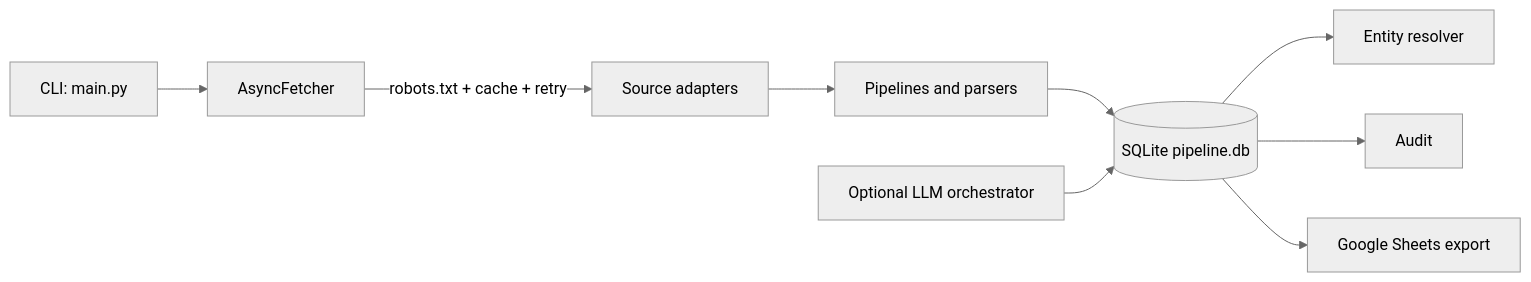
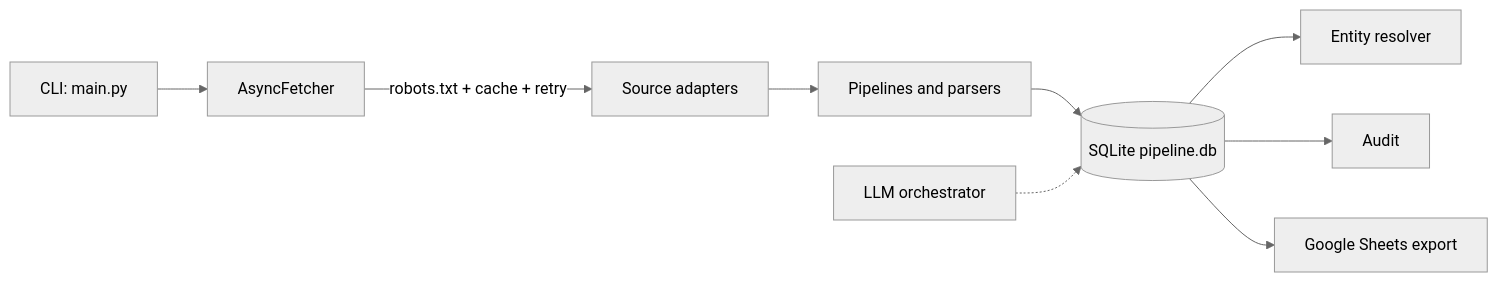
One commit to Yosuf20/Entity-ingest changed the diagram in README.md. Above: the diagram before and after it, drawn with Mermaid (neutral theme). The commit also changed other lines of this file, not shown here.

````diff
--- a/README.md
+++ b/README.md
@@ -5,11 +23,11 @@
 ```mermaid
 flowchart LR
     C[CLI: main.py] --> F[AsyncFetcher]
     F -->|robots.txt + cache + retry| S[Source adapters]
     S --> P[Pipelines and parsers]
     P --> D[(SQLite pipeline.db)]
     D --> R[Entity resolver]
     D --> A[Audit]
     D --> E[Google Sheets export]
-    L[Optional LLM orchestrator] --> D
+    L[LLM orchestrator] -.-> D
 ```
````
